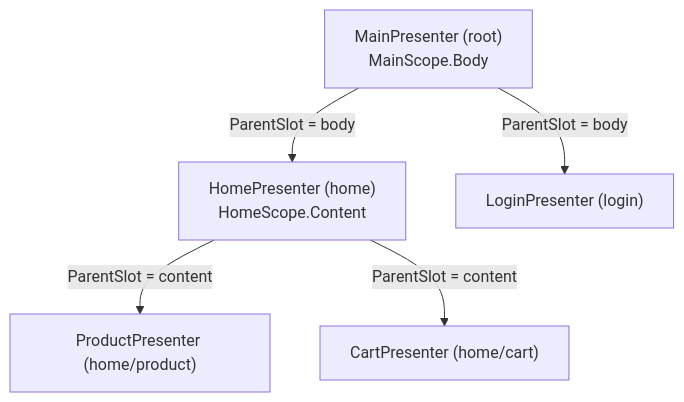
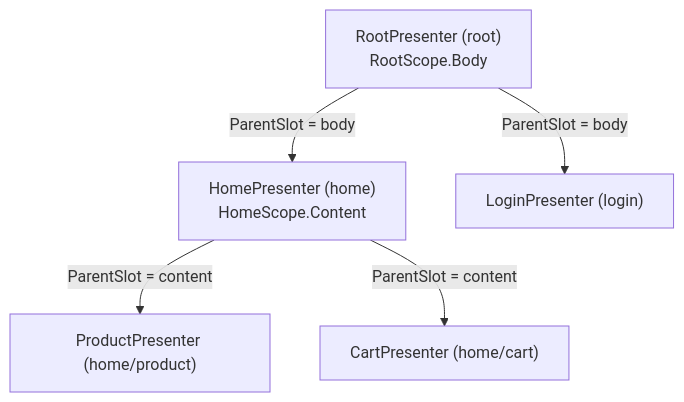
One commit to mrcdom/wdc-cube-csharp changed the diagram in docs/concepts/architecture.md. Above: the diagram before and after it, drawn with Mermaid. The commit also changed other lines of this file and 71 other files, not shown here.

````diff
--- a/docs/concepts/architecture.md
+++ b/docs/concepts/architecture.md
@@ -207,7 +207,7 @@
 ```mermaid
 flowchart TD
-    A["MainPresenter (root)<br/>MainScope.Body"] -->|ParentSlot = body| H["HomePresenter (home)<br/>HomeScope.Content"]
+    A["RootPresenter (root)<br/>RootScope.Body"] -->|ParentSlot = body| H["HomePresenter (home)<br/>HomeScope.Content"]
     H -->|ParentSlot = content| P["ProductPresenter (home/product)"]
     H -->|ParentSlot = content| C["CartPresenter (home/cart)"]
     A -->|ParentSlot = body| L["LoginPresenter (login)"]
 ```
````
